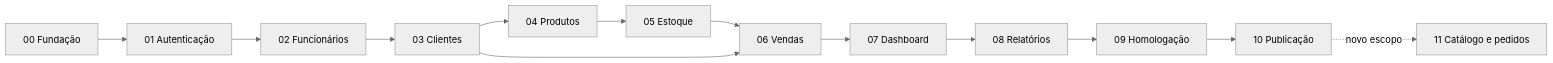
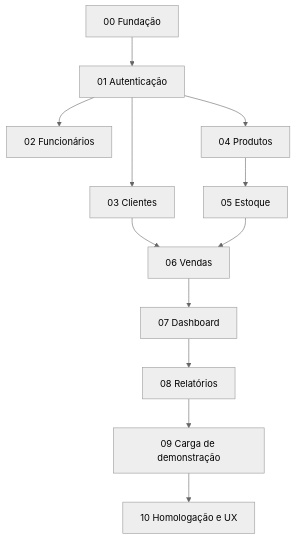
One commit to argemon/MVPMilton changed the diagram in docs/execution/01-DEPENDENCIAS.md. Above: the diagram before and after it, drawn with Mermaid (neutral theme). The commit also changed other lines of this file and 16 other files, not shown here.

````diff
--- a/docs/execution/01-DEPENDENCIAS.md
+++ b/docs/execution/01-DEPENDENCIAS.md
@@ -8,15 +5,14 @@
 ```mermaid
-flowchart LR
+flowchart TD
     B00[00 Fundação] --> B01[01 Autenticação]
     B01 --> B02[02 Funcionários]
-    B02 --> B03[03 Clientes]
-    B03 --> B04[04 Produtos]
+    B01 --> B03[03 Clientes]
+    B01 --> B04[04 Produtos]
     B04 --> B05[05 Estoque]
-    B05 --> B06[06 Vendas]
-    B03 --> B06
+    B03 --> B06[06 Vendas]
+    B05 --> B06
     B06 --> B07[07 Dashboard]
     B07 --> B08[08 Relatórios]
-    B08 --> B09[09 Homologação]
-    B09 --> B10[10 Publicação]
-    B10 -. novo escopo .-> B11[11 Catálogo e pedidos]
+    B08 --> B09[09 Carga de demonstração]
+    B09 --> B10[10 Homologação e UX]
 ```
````
